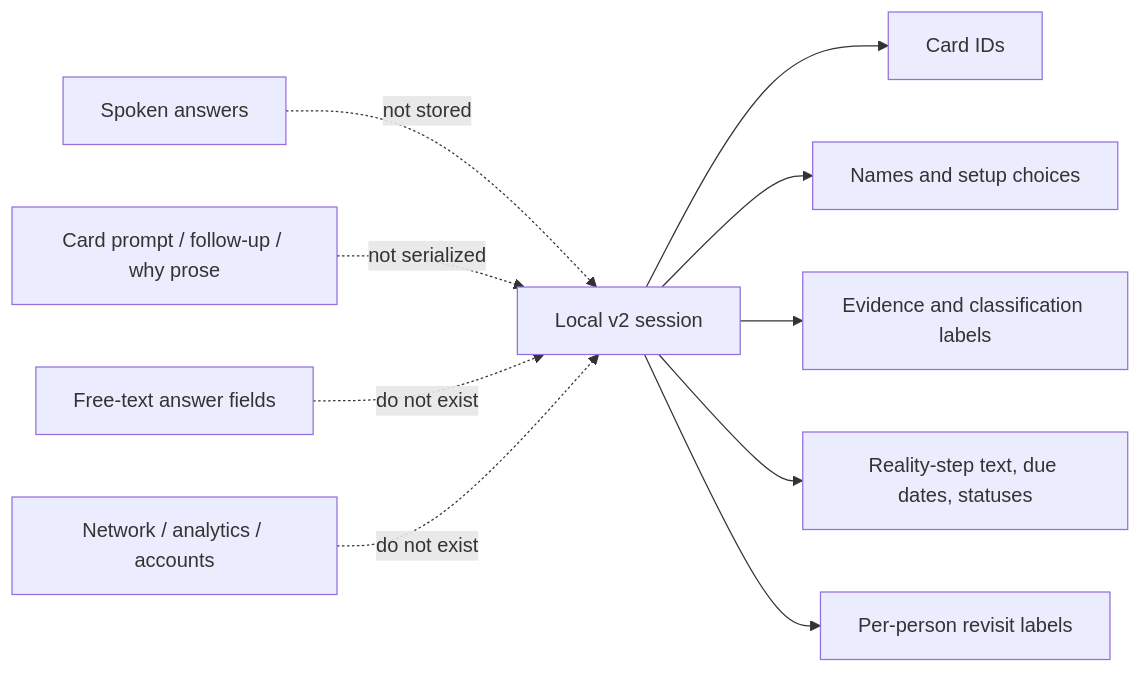
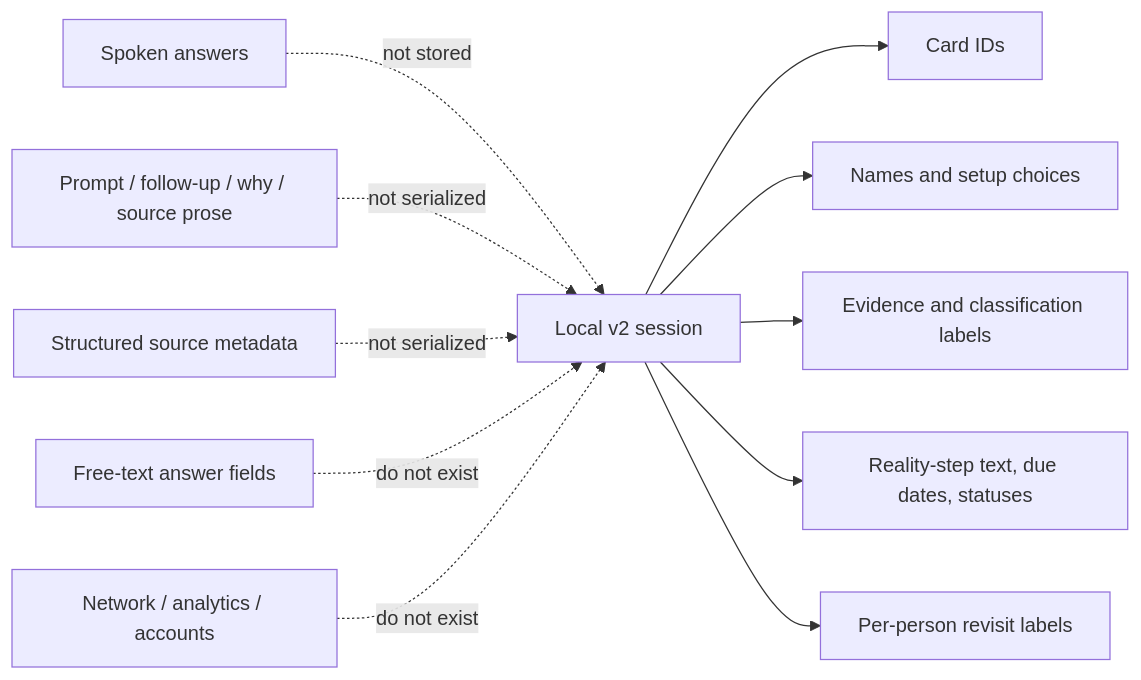
The fourth of 7 diagrams in product-architectures/love-honestly-card-game/ARCHITECTURE.md (u-dont-existDOTcom/joel-articles), drawn with Mermaid before and after one commit. The commit also changed other lines of this file, not shown here.

Commit message:
docs: update Love Honestly architecture to v0.3.0

````diff
--- a/product-architectures/love-honestly-card-game/ARCHITECTURE.md
+++ b/product-architectures/love-honestly-card-game/ARCHITECTURE.md
@@ -99,13 +77,14 @@
 ```mermaid
 flowchart LR
     STORE["Local v2 session"] --> IDS["Card IDs"]
     STORE --> SETUP["Names and setup choices"]
     STORE --> META["Evidence and classification labels"]
     STORE --> PLANS["Reality-step text, due dates, statuses"]
     STORE --> REVISITS["Per-person revisit labels"]
 
     SPOKEN["Spoken answers"] -. "not stored" .-> STORE
-    PROMPTS["Card prompt / follow-up / why prose"] -. "not serialized" .-> STORE
+    PROMPTS["Prompt / follow-up / why / source prose"] -. "not serialized" .-> STORE
+    SOURCE["Structured source metadata"] -. "not serialized" .-> STORE
     FREE["Free-text answer fields"] -. "do not exist" .-> STORE
     CLOUD["Network / analytics / accounts"] -. "do not exist" .-> STORE
 ```
````
